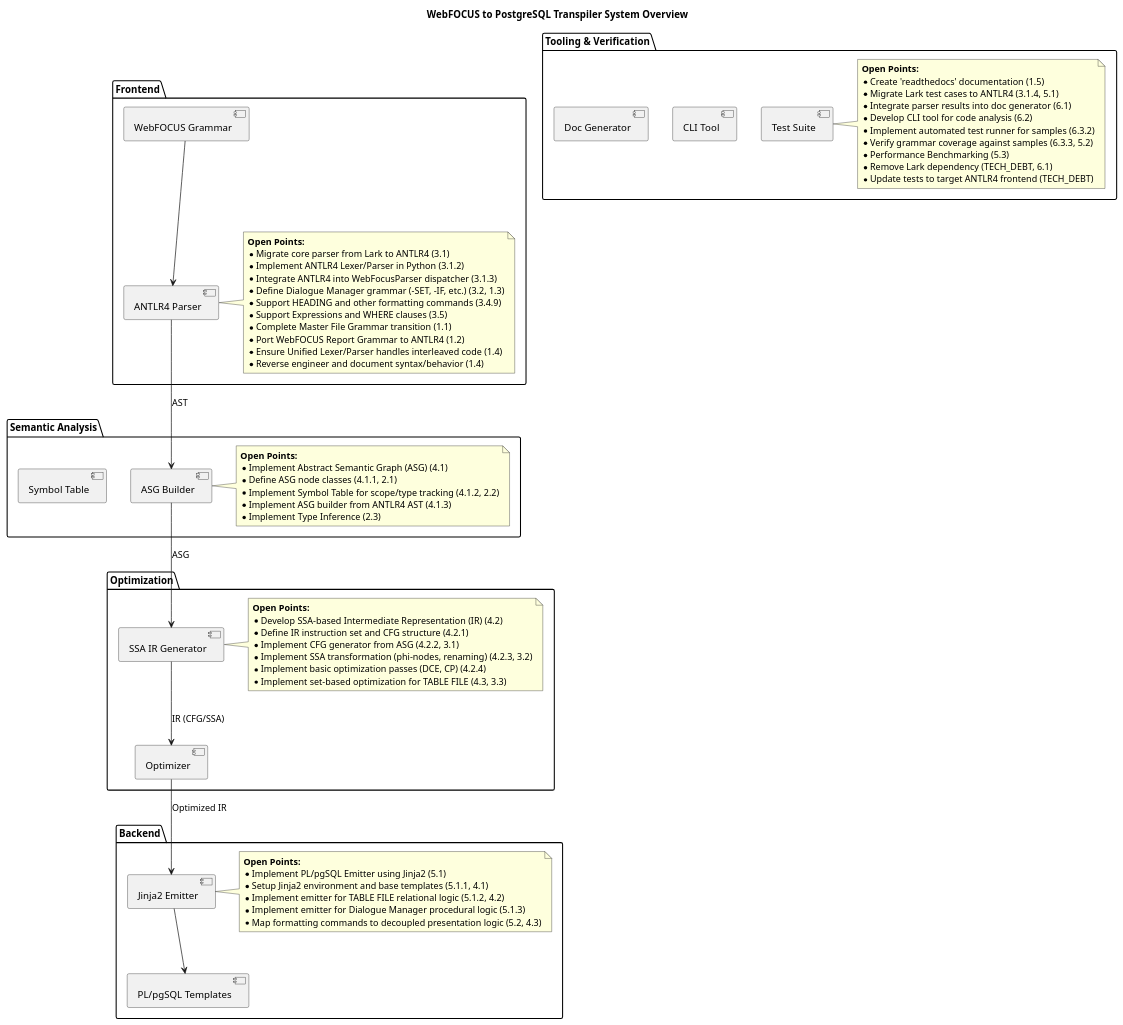
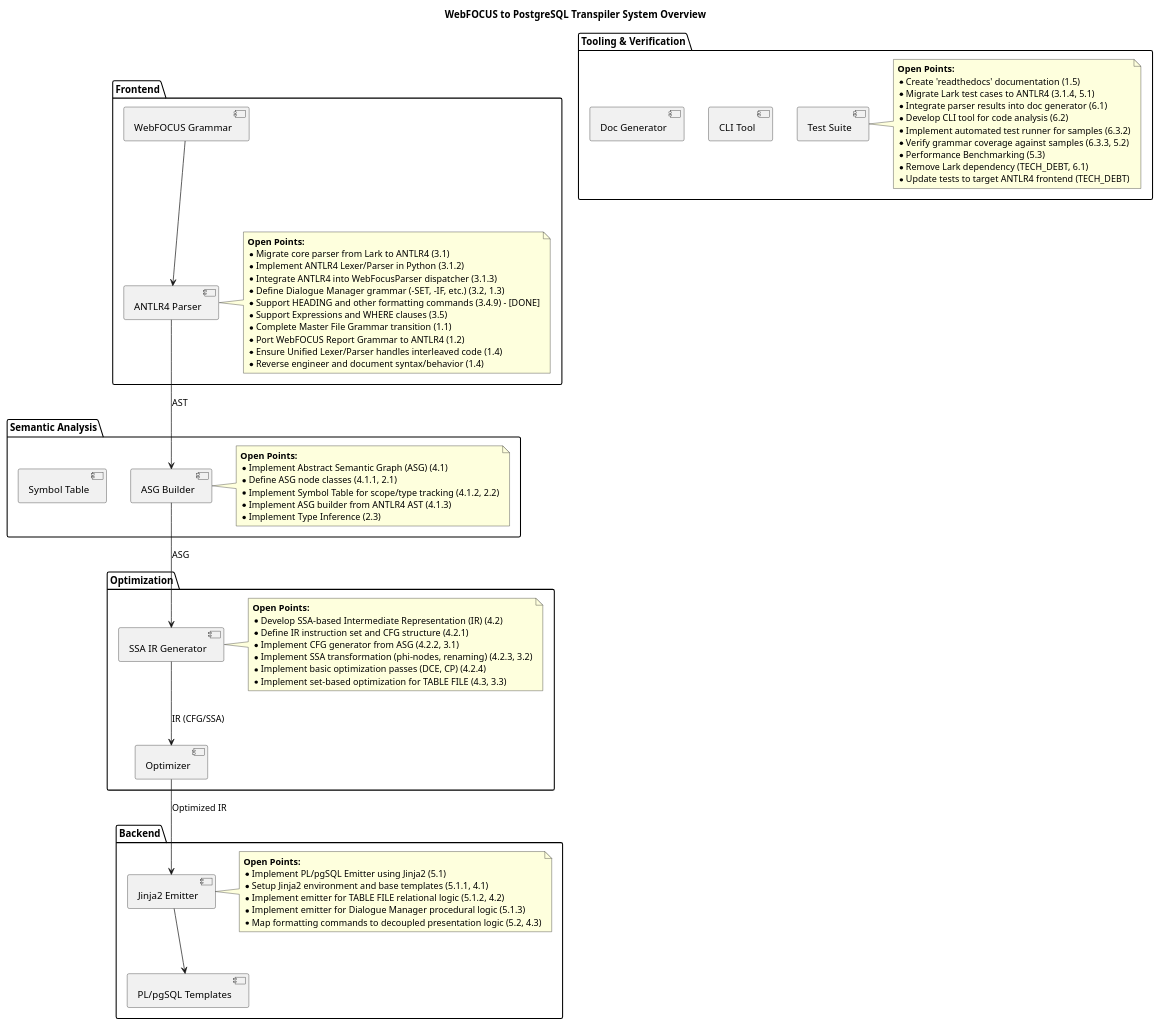
The diagram in SYSTEM_OVERVIEW.plantuml (chatelao/web-focus-benf), drawn with PlantUML before and after one commit. The commit also changed 11 other files, not shown here.

```diff
--- a/SYSTEM_OVERVIEW.plantuml
+++ b/SYSTEM_OVERVIEW.plantuml
@@ -1,89 +1,89 @@
 @startuml
 skinparam componentStyle uml2
 
 title WebFOCUS to PostgreSQL Transpiler System Overview
 
 package "Frontend" {
     [ANTLR4 Parser] as Parser
     [WebFOCUS Grammar] as Grammar
     note right of Parser
         **Open Points:**
         * Migrate core parser from Lark to ANTLR4 (3.1)
         * Implement ANTLR4 Lexer/Parser in Python (3.1.2)
         * Integrate ANTLR4 into WebFocusParser dispatcher (3.1.3)
         * Define Dialogue Manager grammar (-SET, -IF, etc.) (3.2, 1.3)
-        * Support HEADING and other formatting commands (3.4.9)
+        * Support HEADING and other formatting commands (3.4.9) - [DONE]
         * Support Expressions and WHERE clauses (3.5)
         * Complete Master File Grammar transition (1.1)
         * Port WebFOCUS Report Grammar to ANTLR4 (1.2)
         * Ensure Unified Lexer/Parser handles interleaved code (1.4)
         * Reverse engineer and document syntax/behavior (1.4)
     end note
 }
 
 package "Semantic Analysis" {
     [ASG Builder] as ASGBuilder
     [Symbol Table] as SymbolTable
     note right of ASGBuilder
         **Open Points:**
         * Implement Abstract Semantic Graph (ASG) (4.1)
         * Define ASG node classes (4.1.1, 2.1)
         * Implement Symbol Table for scope/type tracking (4.1.2, 2.2)
         * Implement ASG builder from ANTLR4 AST (4.1.3)
         * Implement Type Inference (2.3)
     end note
 }
 
 package "Optimization" {
     [SSA IR Generator] as IRGen
     [Optimizer] as Optimizer
     note right of IRGen
         **Open Points:**
         * Develop SSA-based Intermediate Representation (IR) (4.2)
         * Define IR instruction set and CFG structure (4.2.1)
         * Implement CFG generator from ASG (4.2.2, 3.1)
         * Implement SSA transformation (phi-nodes, renaming) (4.2.3, 3.2)
         * Implement basic optimization passes (DCE, CP) (4.2.4)
         * Implement set-based optimization for TABLE FILE (4.3, 3.3)
     end note
 }
 
 package "Backend" {
     [Jinja2 Emitter] as Emitter
     [PL/pgSQL Templates] as Templates
     note right of Emitter
         **Open Points:**
         * Implement PL/pgSQL Emitter using Jinja2 (5.1)
         * Setup Jinja2 environment and base templates (5.1.1, 4.1)
         * Implement emitter for TABLE FILE relational logic (5.1.2, 4.2)
         * Implement emitter for Dialogue Manager procedural logic (5.1.3)
         * Map formatting commands to decoupled presentation logic (5.2, 4.3)
     end note
 }
 
 package "Tooling & Verification" {
     [CLI Tool] as CLI
     [Test Suite] as Tests
     [Doc Generator] as DocGen
     note right of Tests
         **Open Points:**
         * Create 'readthedocs' documentation (1.5)
         * Migrate Lark test cases to ANTLR4 (3.1.4, 5.1)
         * Integrate parser results into doc generator (6.1)
         * Develop CLI tool for code analysis (6.2)
         * Implement automated test runner for samples (6.3.2)
         * Verify grammar coverage against samples (6.3.3, 5.2)
         * Performance Benchmarking (5.3)
         * Remove Lark dependency (TECH_DEBT, 6.1)
         * Update tests to target ANTLR4 frontend (TECH_DEBT)
     end note
 }
 
 Grammar --> Parser
 Parser --> ASGBuilder : AST
 ASGBuilder --> IRGen : ASG
 IRGen --> Optimizer : IR (CFG/SSA)
 Optimizer --> Emitter : Optimized IR
 Emitter --> Templates
 
 @enduml
```
